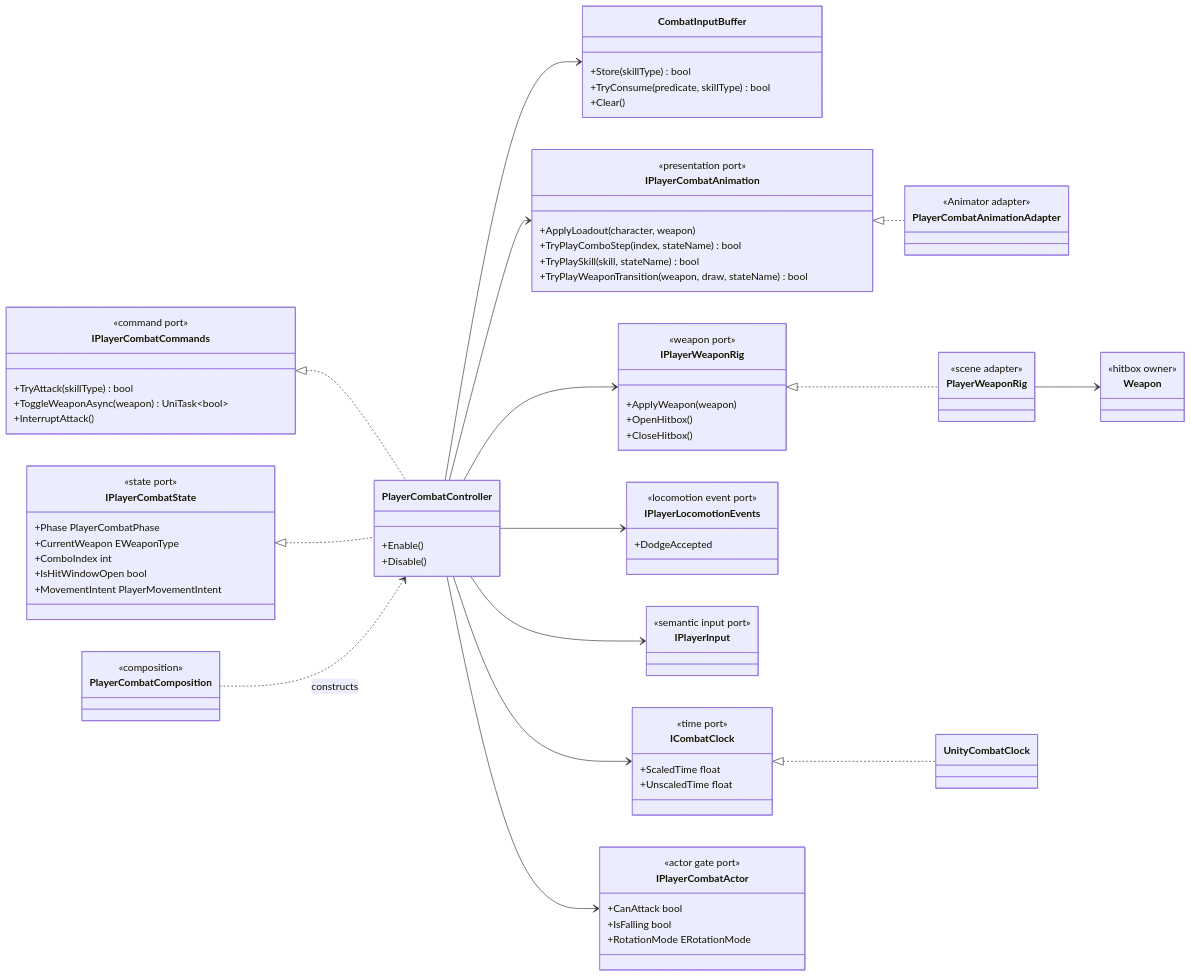
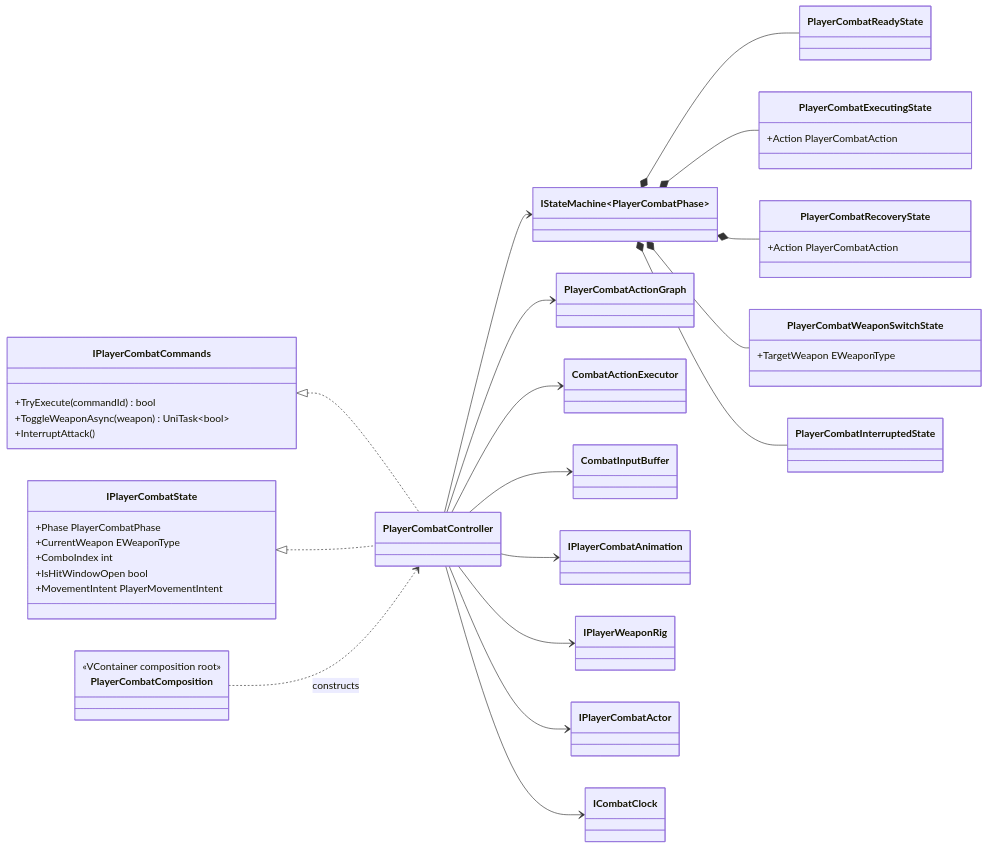
One commit to MaximFonariuc/project-s changed the first of 3 diagrams in Docs/Architecture/Player.Combat.md. Above: the diagram before and after it, drawn with Mermaid. The commit also changed other lines of this file and 31 other files, not shown here.

Commit message:
feat: add data-driven player combat graph

````diff
--- a/Docs/Architecture/Player.Combat.md
+++ b/Docs/Architecture/Player.Combat.md
@@ -13,85 +13,55 @@
     direction LR
 
     class IPlayerCombatCommands {
-        <<command port>>
-        +TryAttack(skillType) bool
+        +TryExecute(commandId) bool
         +ToggleWeaponAsync(weapon) UniTask~bool~
         +InterruptAttack()
     }
     class IPlayerCombatState {
-        <<state port>>
         +Phase PlayerCombatPhase
         +CurrentWeapon EWeaponType
         +ComboIndex int
         +IsHitWindowOpen bool
         +MovementIntent PlayerMovementIntent
     }
-    class PlayerCombatController {
-        +Enable()
-        +Disable()
+    class PlayerCombatController
+    class IStateMachine~PlayerCombatPhase~
+    class PlayerCombatReadyState
+    class PlayerCombatExecutingState {
+        +Action PlayerCombatAction
     }
-    class CombatInputBuffer {
-        +Store(skillType) bool
-        +TryConsume(predicate, skillType) bool
-        +Clear()
+    class PlayerCombatRecoveryState {
+        +Action PlayerCombatAction
     }
-    class IPlayerCombatAnimation {
-        <<presentation port>>
-        +ApplyLoadout(character, weapon)
-        +TryPlayComboStep(index, stateName) bool
-        +TryPlaySkill(skill, stateName) bool
-        +TryPlayWeaponTransition(weapon, draw, stateName) bool
+    class PlayerCombatWeaponSwitchState {
+        +TargetWeapon EWeaponType
     }
-    class PlayerCombatAnimationAdapter {
-        <<Animator adapter>>
-    }
-    class IPlayerWeaponRig {
-        <<weapon port>>
-        +ApplyWeapon(weapon)
-        +OpenHitbox()
-        +CloseHitbox()
-    }
-    class PlayerWeaponRig {
-        <<scene adapter>>
-    }
-    class Weapon {
-        <<hitbox owner>>
-    }
-    class IPlayerLocomotionEvents {
-        <<locomotion event port>>
-        +DodgeAccepted
-    }
-    class IPlayerInput {
-        <<semantic input port>>
-    }
-    class ICombatClock {
-        <<time port>>
-        +ScaledTime float
-        +UnscaledTime float
-    }
-    class UnityCombatClock
-    class IPlayerCombatActor {
-        <<actor gate port>>
-        +CanAttack bool
-        +IsFalling bool
-        +RotationMode ERotationMode
-    }
+    class PlayerCombatInterruptedState
+    class PlayerCombatActionGraph
+    class CombatActionExecutor
+    class CombatInputBuffer
+    class IPlayerCombatAnimation
+    class IPlayerWeaponRig
+    class IPlayerCombatActor
+    class ICombatClock
     class PlayerCombatComposition {
-        <<composition>>
+        <<VContainer composition root>>
     }
 
     IPlayerCombatCommands <|.. PlayerCombatController
     IPlayerCombatState <|.. PlayerCombatController
-    PlayerCombatController --> IPlayerInput
-    PlayerCombatController --> IPlayerLocomotionEvents
+    PlayerCombatController --> IStateMachine~PlayerCombatPhase~
+    PlayerCombatController --> PlayerCombatActionGraph
+    PlayerCombatController --> CombatActionExecutor
     PlayerCombatController --> CombatInputBuffer
     PlayerCombatController --> IPlayerCombatAnimation
     PlayerCombatController --> IPlayerWeaponRig
+    PlayerCombatController --> IPlayerCombatActor
     PlayerCombatController --> ICombatClock
-    PlayerCombatController --> IPlayerCombatActor
-    IPlayerCombatAnimation <|.. PlayerCombatAnimationAdapter
-    IPlayerWeaponRig <|.. PlayerWeaponRig
-    PlayerWeaponRig --> Weapon
-    ICombatClock <|.. UnityCombatClock
+    IStateMachine~PlayerCombatPhase~ *-- PlayerCombatReadyState
+    IStateMachine~PlayerCombatPhase~ *-- PlayerCombatExecutingState
+    IStateMachine~PlayerCombatPhase~ *-- PlayerCombatRecoveryState
+    IStateMachine~PlayerCombatPhase~ *-- PlayerCombatWeaponSwitchState
+    IStateMachine~PlayerCombatPhase~ *-- PlayerCombatInterruptedState
     PlayerCombatComposition ..> PlayerCombatController : constructs
 ```
````
